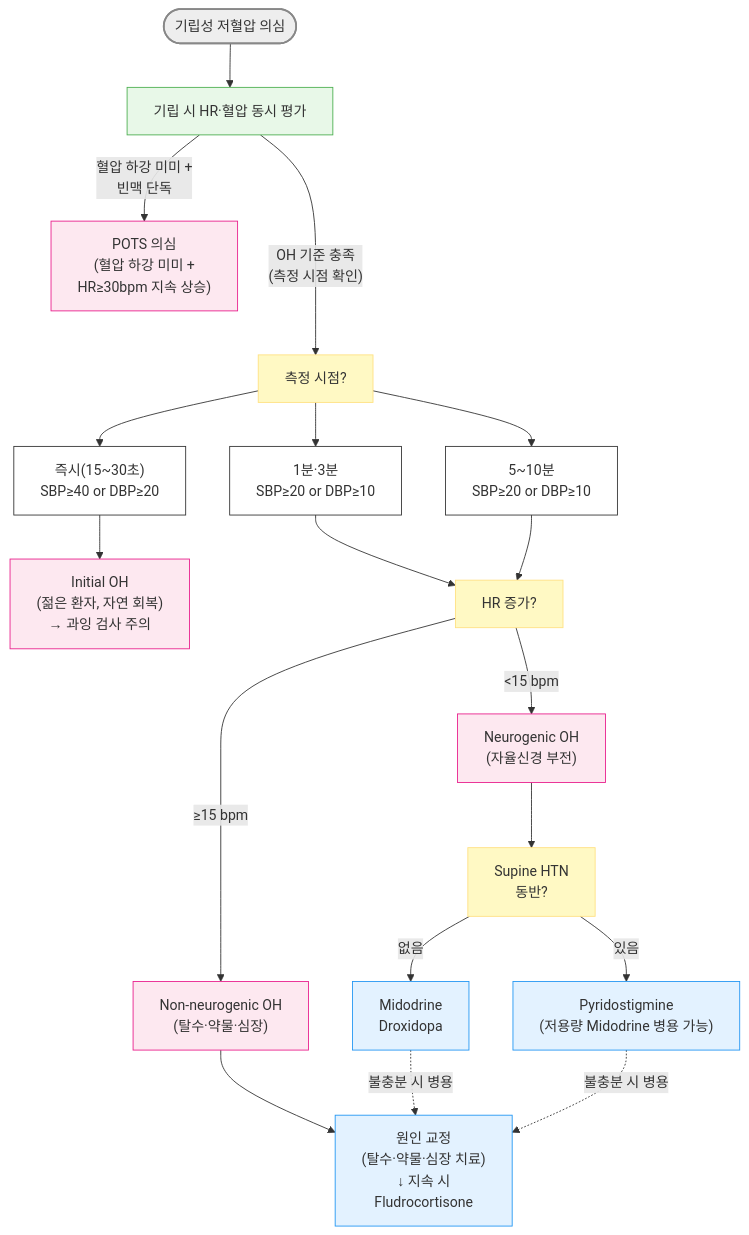
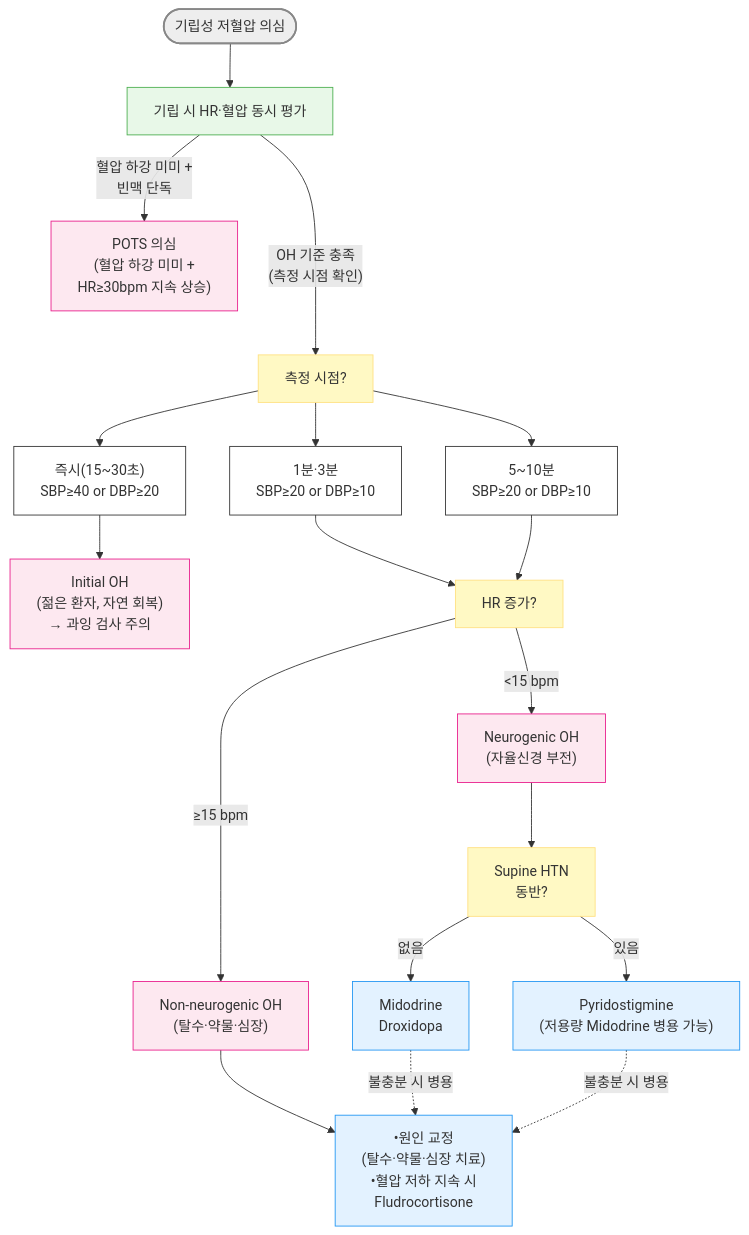
Before and after one commit to familyoh77/familyoh77: the diagram in 225_/096_-orthostatic-hypotension.md, drawn with Mermaid. The commit also changed other lines of this file, not shown here.

````diff
--- a/225_/096_-orthostatic-hypotension.md
+++ b/225_/096_-orthostatic-hypotension.md
@@ -128,46 +128,46 @@
 ```mermaid
 graph TD
 
     Start([기립성 저혈압 의심])
 style Start fill:#eeeeee,stroke:#888888,stroke-width:2px
     HR0["기립 시 HR·혈압 동시 평가"]
 style HR0 fill:#e8f8e8,stroke:#4caf50
     POTS["POTS 의심<br/>(혈압 하강 미미 +<br/>HR≥30bpm 지속 상승)"]
     T0["측정 시점?"]
     T1["즉시(15~30초)<br/>SBP≥40 or DBP≥20"]
     T2["1분·3분<br/>SBP≥20 or DBP≥10"]
     T3["5~10분<br/>SBP≥20 or DBP≥10"]
     InitOH["Initial OH<br/>(젊은 환자, 자연 회복)<br/>→ 과잉 검사 주의"]
     HR["HR 증가?"]
     NonNeuro["Non-neurogenic OH<br/>(탈수·약물·심장)"]
     Neuro["Neurogenic OH<br/>(자율신경 부전)"]
 classDef pink fill:#fde8f0,stroke:#e91e8c
 class InitOH,Neuro,POTS,NonNeuro pink
-    NonTx["원인 교정<br/>(탈수·약물·심장 치료)<br/>↓ 지속 시<br/>Fludrocortisone"]
+    NonTx["•원인 교정<br/>(탈수·약물·심장 치료)<br/>•혈압 저하 지속 시<br/>Fludrocortisone"]
     SupineHTN["Supine HTN<br/>동반?"]
 classDef yellow fill:#fff9c4,stroke:#ffe082
 class T0,HR,SupineHTN yellow
 classDef white fill:#fff,stroke:#333
 class T1,T2,T3 white
     NTx1["Midodrine<br/>Droxidopa"]
     NTx2["Pyridostigmine<br/>(저용량 Midodrine 병용 가능)"]
 classDef sky fill:#e3f2ff,stroke:#2196f3
 class NTx1,NTx2,NonTx sky
     Start --> HR0
     HR0 -- "혈압 하강 미미 +<br/>빈맥 단독" --> POTS
     HR0 -- "OH 기준 충족<br/>(측정 시점 확인)" ---> T0
     T0 --> T1
     T0 --> T2
     T0 --> T3
     T1 --> InitOH
     T2 --> HR
     T3 --> HR
     HR -- "≥15 bpm" --> NonNeuro
     HR -- "<15 bpm" --> Neuro
     NonNeuro --> NonTx
     Neuro --> SupineHTN
     SupineHTN -- "없음" --> NTx1
     SupineHTN -- "있음" --> NTx2
     NTx1 -. "불충분 시 병용" .-> NonTx
     NTx2 -. "불충분 시 병용" .-> NonTx
 ```
````
